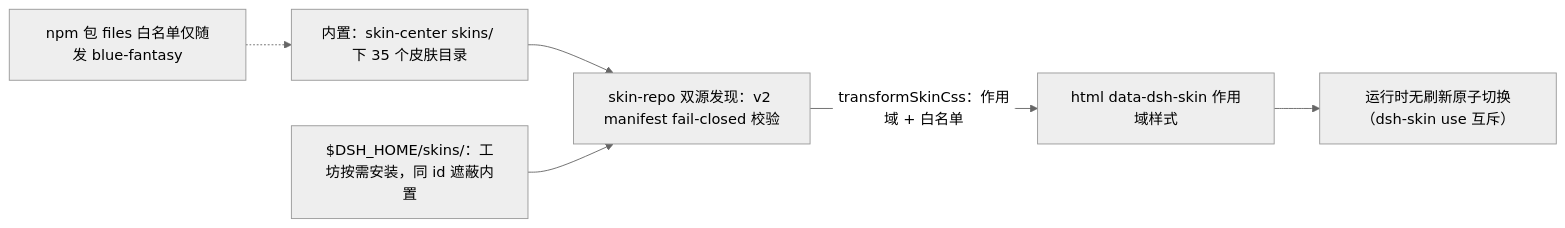
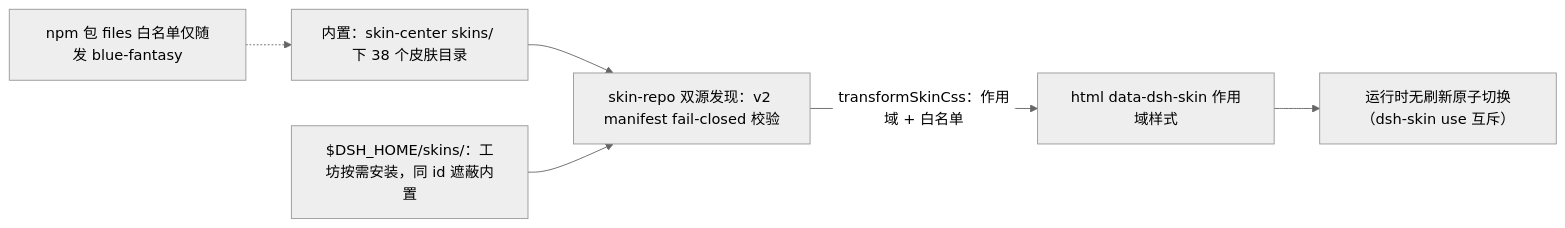
One commit to DDDMUC/dsh-web-ui changed the sixth of 9 diagrams in docs/architecture.md. Above: the diagram before and after it, drawn with Mermaid (neutral theme). The commit also changed other lines of this file and 7 other files, not shown here.

````diff
--- a/docs/architecture.md
+++ b/docs/architecture.md
@@ -107,8 +107,8 @@
 ```mermaid
 flowchart LR
-    B["内置：skin-center skins/ 下 35 个皮肤目录"] --> R["skin-repo 双源发现：v2 manifest fail-closed 校验"]
+    B["内置：skin-center skins/ 下 38 个皮肤目录"] --> R["skin-repo 双源发现：v2 manifest fail-closed 校验"]
     U["$DSH_HOME/skins/：工坊按需安装，同 id 遮蔽内置"] --> R
     R -- "transformSkinCss：作用域 + 白名单" --> CSS["html data-dsh-skin 作用域样式"]
     CSS --> SW["运行时无刷新原子切换（dsh-skin use 互斥）"]
     N["npm 包 files 白名单仅随发 blue-fantasy"] -.-> B
 ```
````
